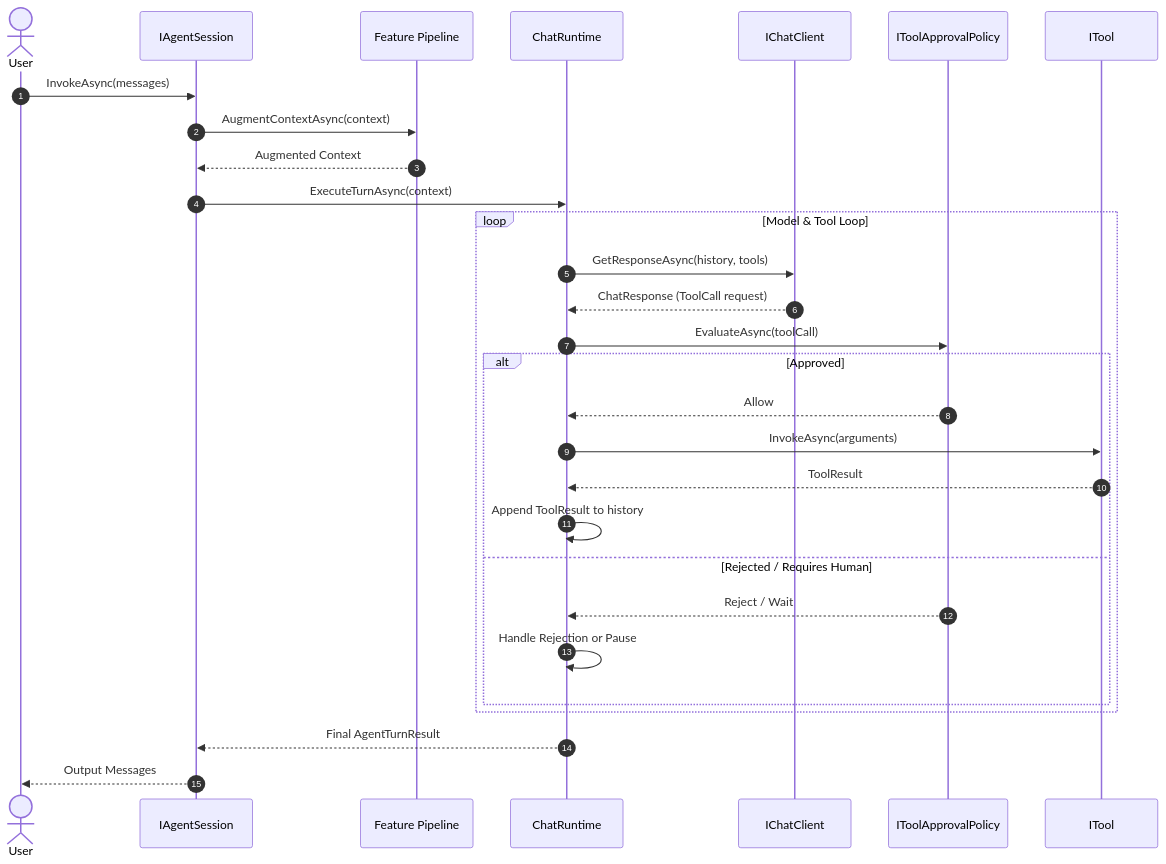
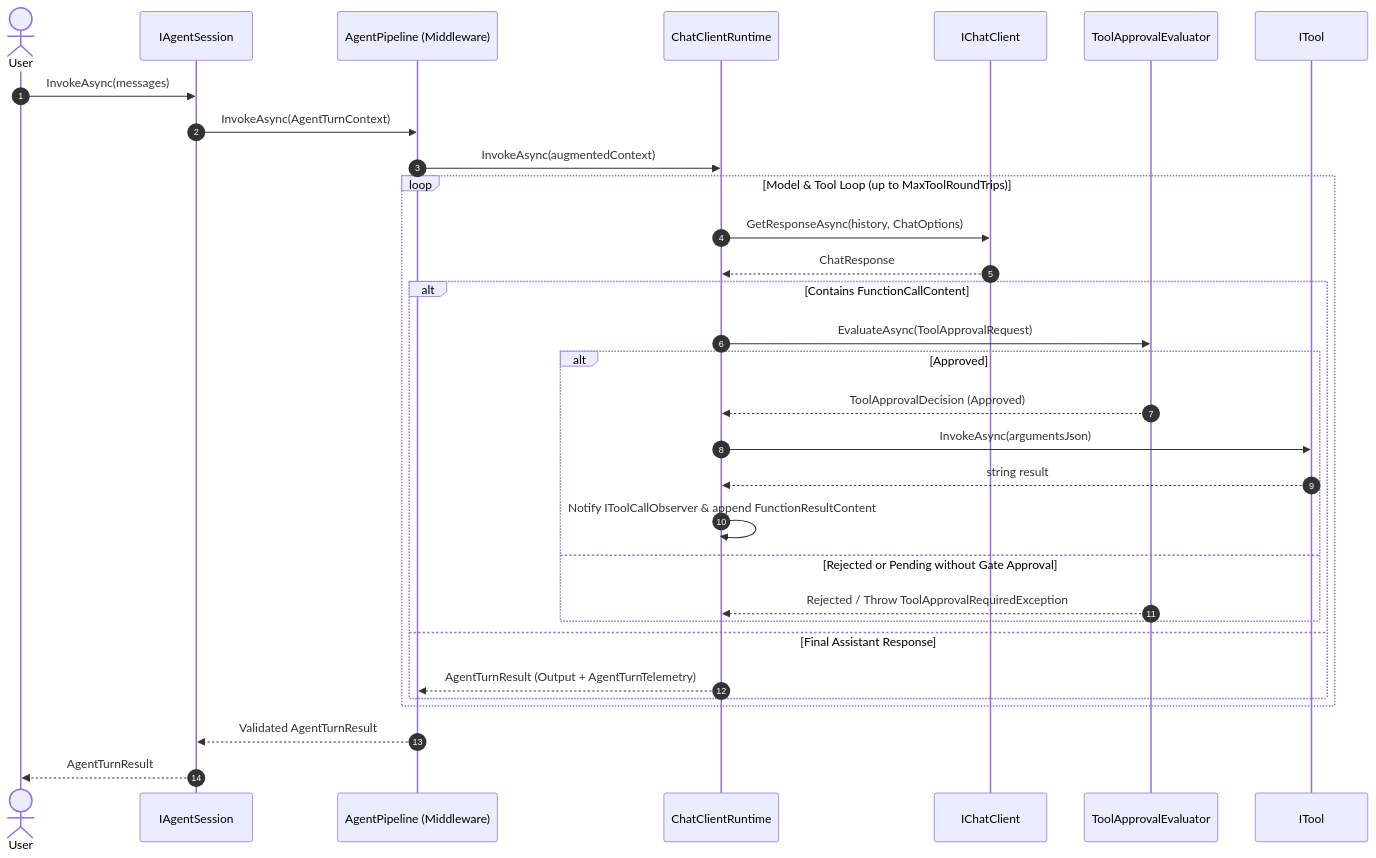
Before and after one commit to OmniTechSolutionsCA/MyAgents-Community: the second of 2 diagrams in docs-src/docs/core/architecture.md, drawn with Mermaid. The commit also changed other lines of this file and 470 other files, not shown here.

````diff
--- a/docs-src/docs/core/architecture.md
+++ b/docs-src/docs/core/architecture.md
@@ -82,34 +95,36 @@
 ```mermaid
 sequenceDiagram
     autonumber
     actor User
     participant Session as IAgentSession
-    participant Feature as Feature Pipeline
-    participant Runtime as ChatRuntime
+    participant Pipeline as AgentPipeline (Middleware)
+    participant Runtime as ChatClientRuntime
     participant LLM as IChatClient
-    participant Policy as IToolApprovalPolicy
+    participant Eval as ToolApprovalEvaluator
     participant Tool as ITool
 
     User->>Session: InvokeAsync(messages)
-    Session->>Feature: AugmentContextAsync(context)
-    Feature-->>Session: Augmented Context
-    Session->>Runtime: ExecuteTurnAsync(context)
+    Session->>Pipeline: InvokeAsync(AgentTurnContext)
+    Pipeline->>Runtime: InvokeAsync(augmentedContext)
     
-    loop Model & Tool Loop
-        Runtime->>LLM: GetResponseAsync(history, tools)
-        LLM-->>Runtime: ChatResponse (ToolCall request)
-        Runtime->>Policy: EvaluateAsync(toolCall)
-        alt Approved
-            Policy-->>Runtime: Allow
-            Runtime->>Tool: InvokeAsync(arguments)
-            Tool-->>Runtime: ToolResult
-            Runtime->>Runtime: Append ToolResult to history
-        else Rejected / Requires Human
-            Policy-->>Runtime: Reject / Wait
-            Runtime->>Runtime: Handle Rejection or Pause
+    loop Model & Tool Loop (up to MaxToolRoundTrips)
+        Runtime->>LLM: GetResponseAsync(history, ChatOptions)
+        LLM-->>Runtime: ChatResponse
+        alt Contains FunctionCallContent
+            Runtime->>Eval: EvaluateAsync(ToolApprovalRequest)
+            alt Approved
+                Eval-->>Runtime: ToolApprovalDecision (Approved)
+                Runtime->>Tool: InvokeAsync(argumentsJson)
+                Tool-->>Runtime: string result
+                Runtime->>Runtime: Notify IToolCallObserver & append FunctionResultContent
+            else Rejected or Pending without Gate Approval
+                Eval-->>Runtime: Rejected / Throw ToolApprovalRequiredException
+            end
+        else Final Assistant Response
+            Runtime-->>Pipeline: AgentTurnResult (Output + AgentTurnTelemetry)
         end
     end
 
-    Runtime-->>Session: Final AgentTurnResult
-    Session-->>User: Output Messages
+    Pipeline-->>Session: Validated AgentTurnResult
+    Session-->>User: AgentTurnResult
 ```
````
